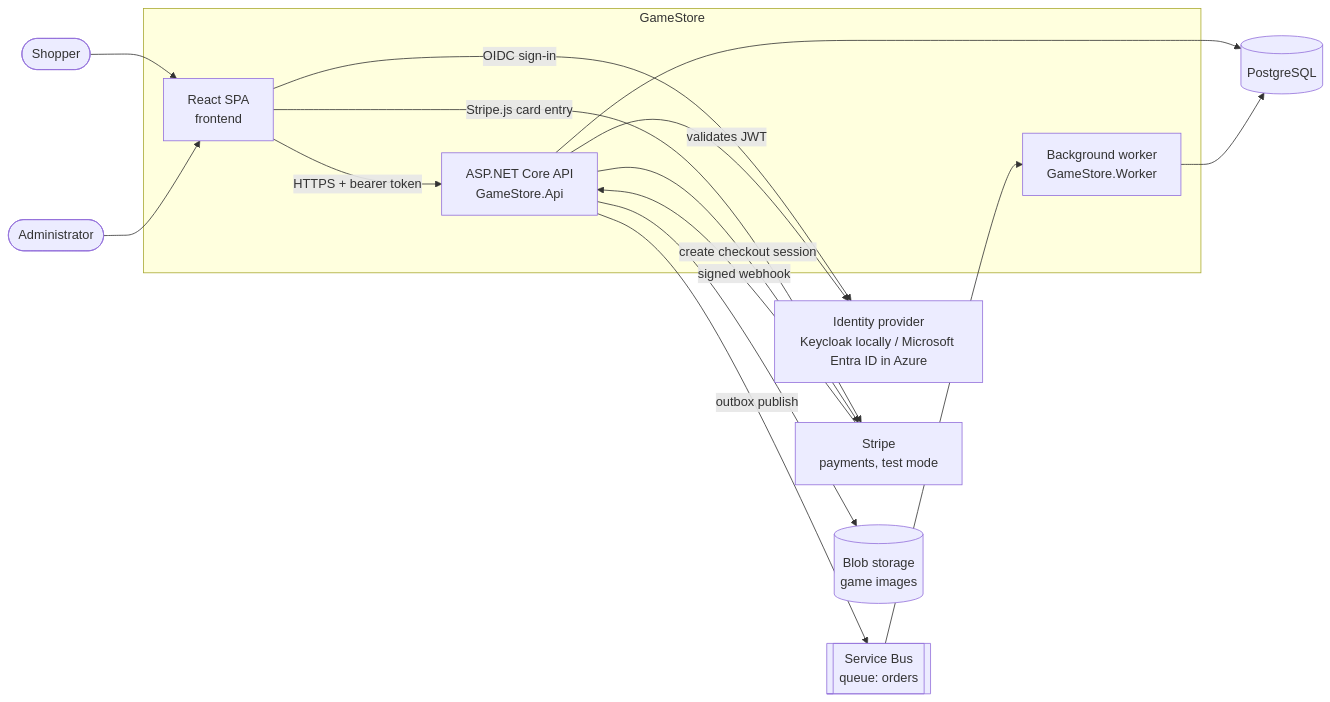
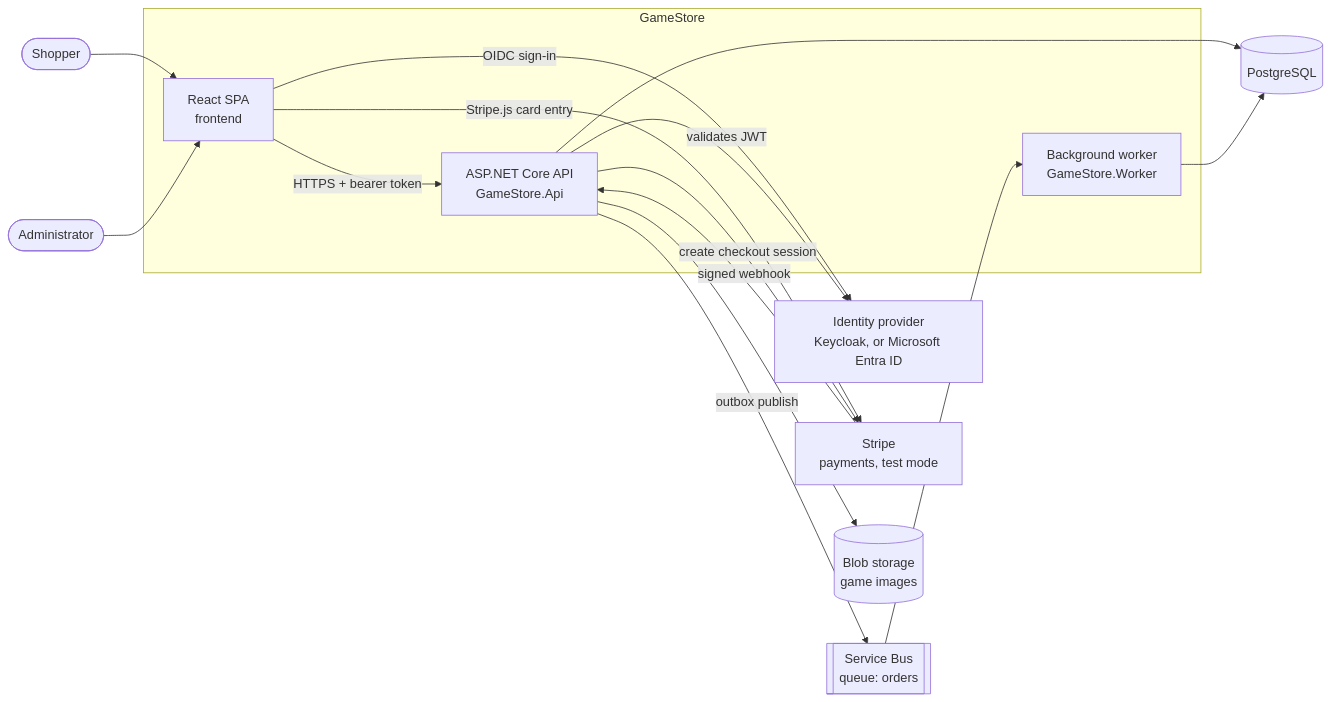
One commit to Axeloooo/GameStore changed the first of 12 diagrams in docs/architecture.md. Above: the diagram before and after it, drawn with Mermaid. The commit also changed other lines of this file, not shown here.

Commit message:
docs: Removed the Azure topology and pipeline from the architecture and added the CI workflow

````diff
--- a/docs/architecture.md
+++ b/docs/architecture.md
@@ -25,31 +25,31 @@
 ```mermaid
 flowchart LR
     shopper(["Shopper"])
     admin(["Administrator"])
 
     subgraph gamestore["GameStore"]
         spa["React SPA<br/>frontend"]
         api["ASP.NET Core API<br/>GameStore.Api"]
         worker["Background worker<br/>GameStore.Worker"]
     end
 
-    idp["Identity provider<br/>Keycloak locally / Microsoft Entra ID in Azure"]
+    idp["Identity provider<br/>Keycloak, or Microsoft Entra ID"]
     stripe["Stripe<br/>payments, test mode"]
     db[("PostgreSQL")]
     blobs[("Blob storage<br/>game images")]
     bus[["Service Bus<br/>queue: orders"]]
 
     shopper --> spa
     admin --> spa
     spa -->|"OIDC sign-in"| idp
     spa -->|"HTTPS + bearer token"| api
     spa -->|"Stripe.js card entry"| stripe
     api -->|"validates JWT"| idp
     api -->|"create checkout session"| stripe
     stripe -->|"signed webhook"| api
     api --> db
     api --> blobs
     api -->|"outbox publish"| bus
     bus --> worker
     worker --> db
 ```
````
